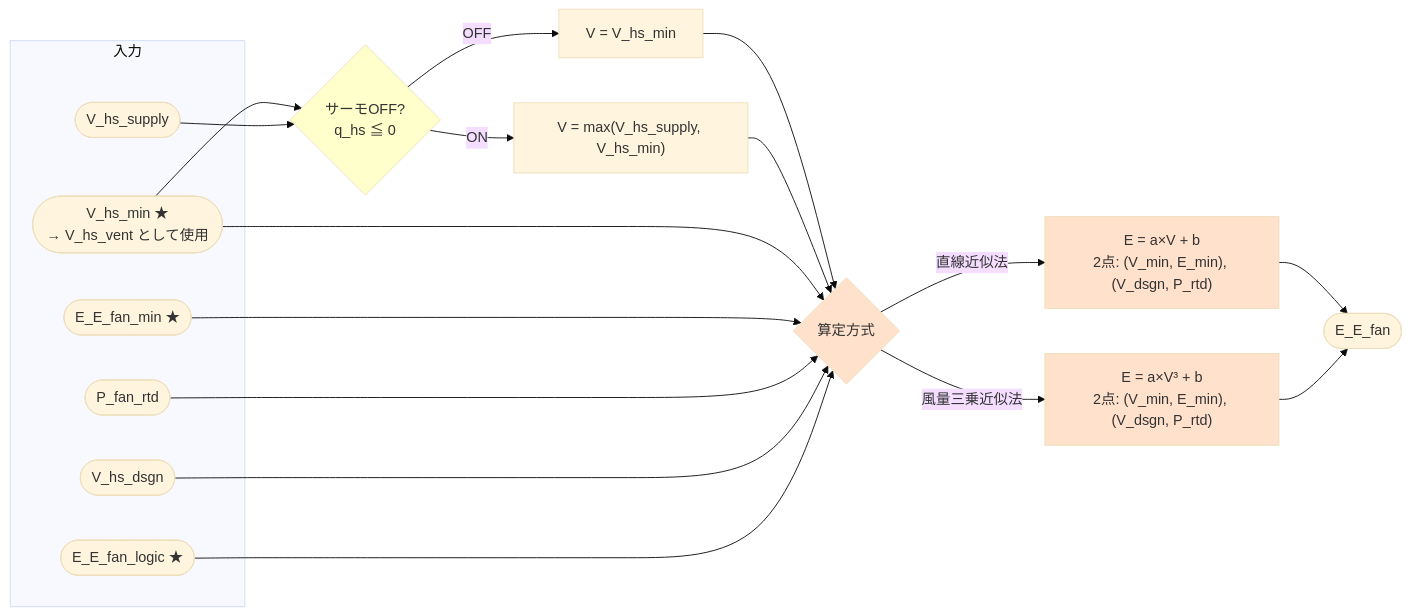
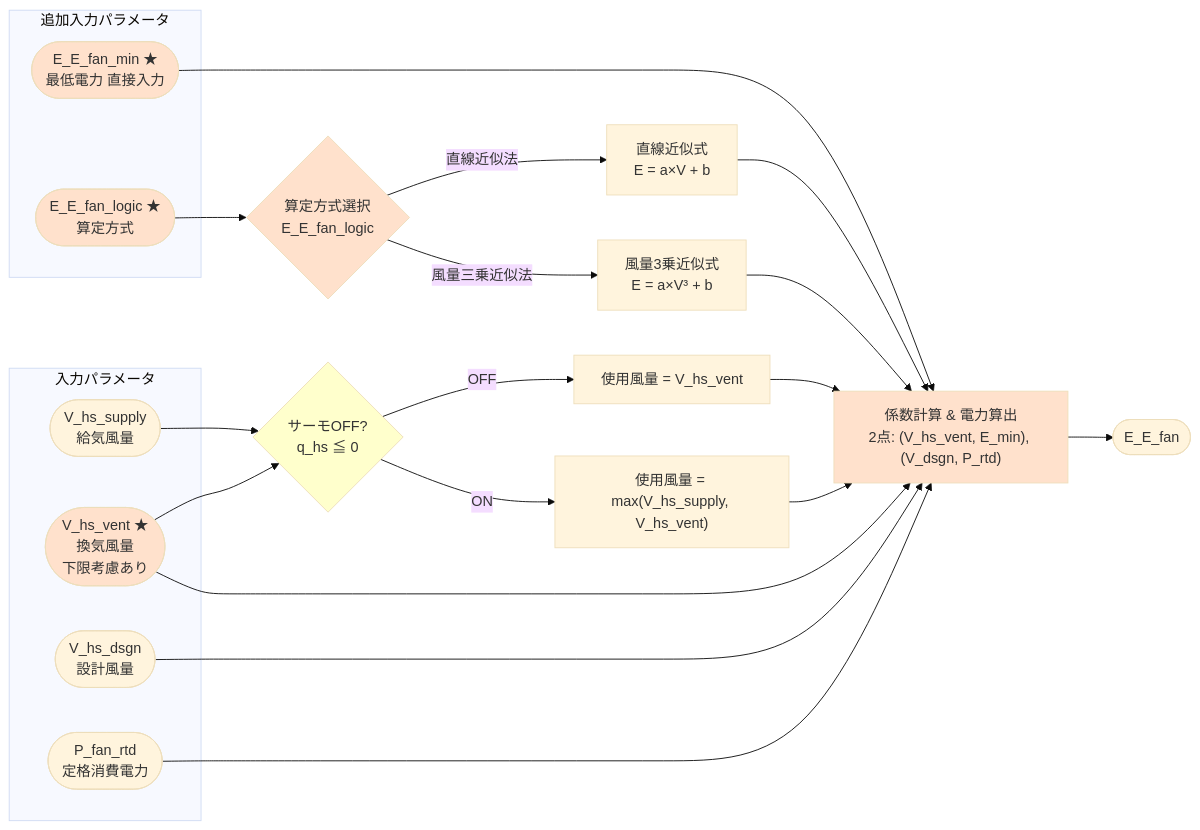
One commit to iguchi-lab/Verification-Platform-Next changed the fourth of 4 diagrams in docs/最低風量_最低電力_直接入力.md. Above: the diagram before and after it, drawn with Mermaid (base theme). The commit also changed other lines of this file, not shown here.

````diff
--- a/docs/最低風量_最低電力_直接入力.md
+++ b/docs/最低風量_最低電力_直接入力.md
@@ -204,36 +208,44 @@
 ```mermaid
 flowchart LR
 
-subgraph 入力
-    V([V_hs_supply])
-    V_dsgn([V_hs_dsgn])
-    V_min([V_hs_min ★<br/>→ V_hs_vent として使用])
-    P([P_fan_rtd])
-    E_min([E_E_fan_min ★])
-    Logic([E_E_fan_logic ★])
+subgraph 入力パラメータ
+    V([V_hs_supply<br/>給気風量])
+    V_vent([V_hs_vent ★<br/>換気風量<br/>下限考慮あり])
+    V_dsgn([V_hs_dsgn<br/>設計風量])
+    P([P_fan_rtd<br/>定格消費電力])
+end
+subgraph 追加入力パラメータ
+    E_min([E_E_fan_min ★<br/>最低電力 直接入力])
+    Logic([E_E_fan_logic ★<br/>算定方式])
 end
 
-V_min --> ThermoOff{サーモOFF?<br/>q_hs ≦ 0}
-V --> ThermoOff
-ThermoOff -->|OFF| UseMin["V = V_hs_min"]
-ThermoOff -->|ON| UseMax["V = max(V_hs_supply, V_hs_min)"]
+V --> FlowDecision{サーモOFF?<br/>q_hs ≦ 0}
+V_vent --> FlowDecision
 
-UseMin --> Formula{算定方式}
-UseMax --> Formula
-V_min --> Formula
-E_min --> Formula
-P --> Formula
-V_dsgn --> Formula
-Logic --> Formula
+FlowDecision -->|OFF| UseMin["使用風量 = V_hs_vent"]
+FlowDecision -->|ON| UseActual["使用風量 = max(V_hs_supply, V_hs_vent)"]
 
-Formula -->|直線近似法| Linear["E = a×V + b<br/>2点: (V_min, E_min), (V_dsgn, P_rtd)"]
-Formula -->|風量三乗近似法| Cubic["E = a×V³ + b<br/>2点: (V_min, E_min), (V_dsgn, P_rtd)"]
+Logic --> FormulaSelect{算定方式選択<br/>E_E_fan_logic}
 
-Linear --> Result([E_E_fan])
-Cubic --> Result
+FormulaSelect -->|直線近似法| LinearFormula["直線近似式<br/>E = a×V + b"]
+FormulaSelect -->|風量三乗近似法| CubicFormula["風量3乗近似式<br/>E = a×V³ + b"]
 
-style ThermoOff fill:#ffffcc
-style Formula fill:#ffe1cc
-style Linear fill:#ffe1cc
-style Cubic fill:#ffe1cc
+LinearFormula --> PowerCalc["係数計算 & 電力算出<br/>2点: (V_hs_vent, E_min), (V_dsgn, P_rtd)"]
+CubicFormula --> PowerCalc
+
+UseMin --> PowerCalc
+UseActual --> PowerCalc
+V_vent --> PowerCalc
+E_min --> PowerCalc
+P --> PowerCalc
+V_dsgn --> PowerCalc
+
+PowerCalc --> Result([E_E_fan])
+
+style FlowDecision fill:#ffffcc
+style FormulaSelect fill:#ffe1cc
+style PowerCalc fill:#ffe1cc
+style V_vent fill:#ffe1cc
+style E_min fill:#ffe1cc
+style Logic fill:#ffe1cc
 ```
````
